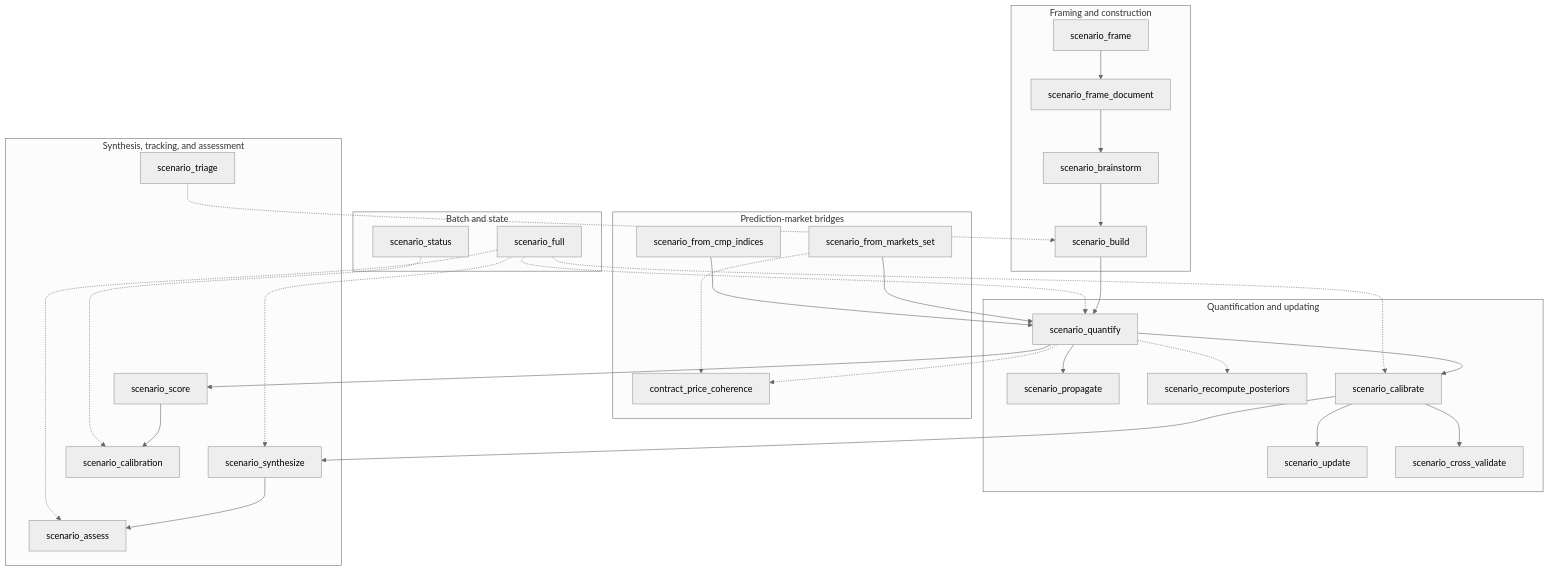
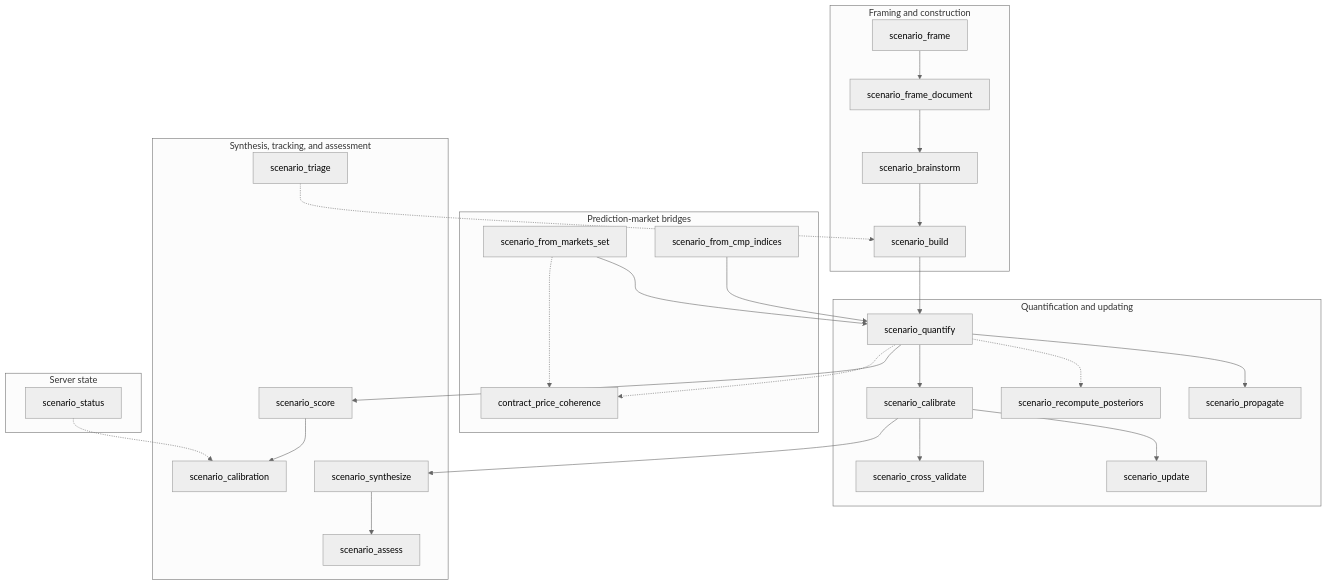
The diagram in kask/docs/reference/mcp-servers/scenarios.md (mdz-axo/zed-kask), drawn with Mermaid (neutral theme) before and after one commit. The commit also changed other lines of this file and 46 other files, not shown here.

````diff
--- a/kask/docs/reference/mcp-servers/scenarios.md
+++ b/kask/docs/reference/mcp-servers/scenarios.md
@@ -23,55 +23,50 @@
 ```mermaid
 flowchart TD
     subgraph Framing["Framing and construction"]
         frame["scenario_frame"] --> frame_doc["scenario_frame_document"]
         frame_doc --> brainstorm["scenario_brainstorm"] --> build["scenario_build"]
     end
 
     subgraph Bridges["Prediction-market bridges"]
         markets["scenario_from_markets_set"]
         cmp["scenario_from_cmp_indices"]
         coherence["contract_price_coherence"]
     end
 
     subgraph Computation["Quantification and updating"]
         quantify["scenario_quantify"]
         propagate["scenario_propagate"]
         posteriors["scenario_recompute_posteriors"]
         calibrate["scenario_calibrate"]
         update["scenario_update"]
         cross_validate["scenario_cross_validate"]
     end
 
     subgraph Synthesis["Synthesis, tracking, and assessment"]
         synthesize["scenario_synthesize"]
         score["scenario_score"]
         calibration["scenario_calibration"]
         triage["scenario_triage"]
         assess["scenario_assess"]
     end
 
-    subgraph Batch["Batch and state"]
-        full["scenario_full"]
+    subgraph State["Server state"]
         status["scenario_status"]
     end
 
     build --> quantify
     markets --> quantify
     cmp --> quantify
     quantify --> propagate
     quantify -.-> posteriors
     quantify --> calibrate
     calibrate --> update
     calibrate --> cross_validate
     calibrate --> synthesize
     quantify --> score --> calibration
     synthesize --> assess
     triage -.-> build
-    full -.-> quantify
-    full -.-> calibrate
-    full -.-> synthesize
-    full -.-> assess
     markets -.-> coherence
     quantify -.-> coherence
     status -.-> calibration
 ```
````
